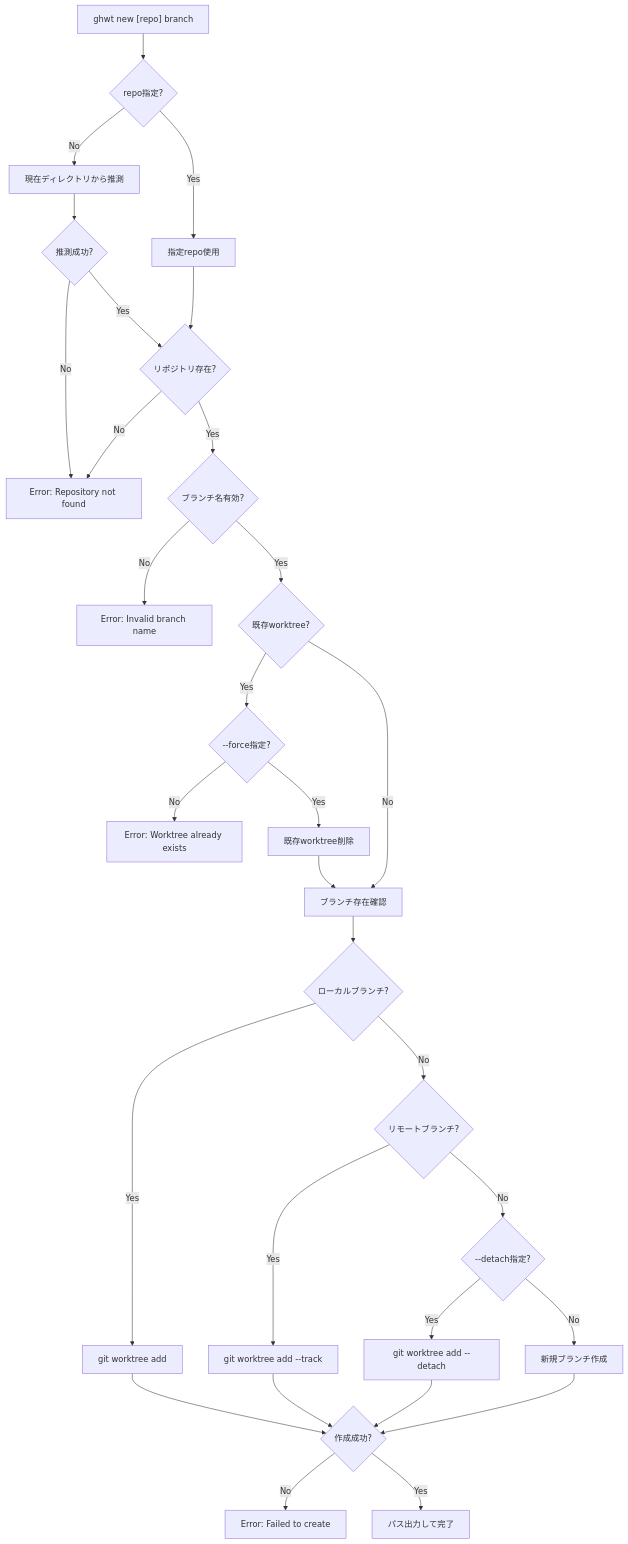
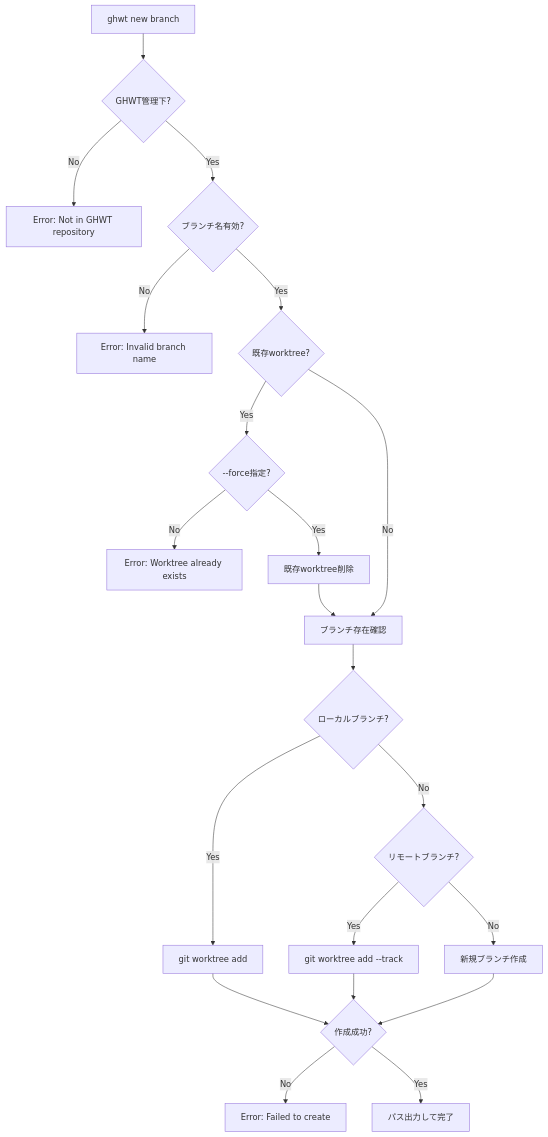
Before and after one commit to shun/ghwt: the second of 2 diagrams in docs/003-specifications/cli-interface.md, drawn with Mermaid. The commit also changed other lines of this file and 3 other files, not shown here.

````diff
--- a/docs/003-specifications/cli-interface.md
+++ b/docs/003-specifications/cli-interface.md
@@ -166,32 +148,23 @@
 ```mermaid
 flowchart TD
-    A["ghwt new [repo] branch"] --> B{"repo指定?"}
-    B -->|No| C["現在ディレクトリから推測"]
-    B -->|Yes| D["指定repo使用"]
-    C --> E{"推測成功?"}
-    D --> F{"リポジトリ存在?"}
-    E -->|No| G["Error: Repository not found"]
-    E -->|Yes| F
-    F -->|No| G
-    F -->|Yes| H{"ブランチ名有効?"}
-    H -->|No| I["Error: Invalid branch name"]
-    H -->|Yes| J{"既存worktree?"}
-    J -->|Yes| K{"--force指定?"}
-    J -->|No| N["ブランチ存在確認"]
-    K -->|No| L["Error: Worktree already exists"]
-    K -->|Yes| M["既存worktree削除"]
-    M --> N
-    N --> O{"ローカルブランチ?"}
-    O -->|Yes| P["git worktree add"]
-    O -->|No| Q{"リモートブランチ?"}
-    Q -->|Yes| R["git worktree add --track"]
-    Q -->|No| S{"--detach指定?"}
-    S -->|Yes| T["git worktree add --detach"]
-    S -->|No| U["新規ブランチ作成"]
-    P --> V{"作成成功?"}
-    R --> V
-    T --> V
-    U --> V
-    V -->|No| W["Error: Failed to create"]
-    V -->|Yes| X["パス出力して完了"]
+    A["ghwt new branch"] --> B{"GHWT管理下?"}
+    B -->|No| C["Error: Not in GHWT repository"]
+    B -->|Yes| D{"ブランチ名有効?"}
+    D -->|No| E["Error: Invalid branch name"]
+    D -->|Yes| F{"既存worktree?"}
+    F -->|Yes| G{"--force指定?"}
+    F -->|No| H["ブランチ存在確認"]
+    G -->|No| I["Error: Worktree already exists"]
+    G -->|Yes| J["既存worktree削除"]
+    J --> H
+    H --> K{"ローカルブランチ?"}
+    K -->|Yes| L["git worktree add"]
+    K -->|No| M{"リモートブランチ?"}
+    M -->|Yes| N["git worktree add --track"]
+    M -->|No| O["新規ブランチ作成"]
+    L --> P{"作成成功?"}
+    N --> P
+    O --> P
+    P -->|No| Q["Error: Failed to create"]
+    P -->|Yes| R["パス出力して完了"]
 ```
````
